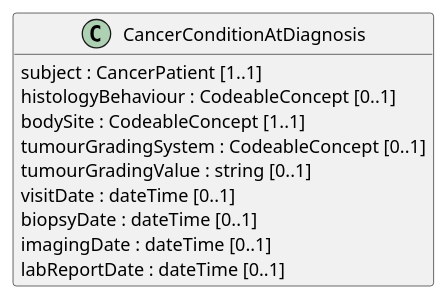
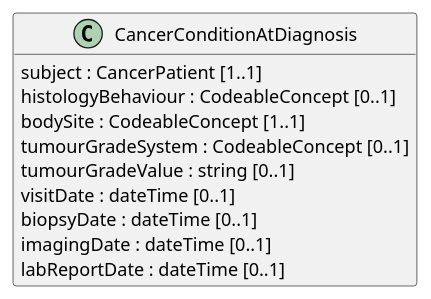
The diagram in input/images-source/CancerConditionAtDiagnosis_LM.plantuml (hl7-eu/cancer-common), drawn with PlantUML before and after one commit. The commit also changed 15 other files, not shown here.

Commit message:
Update logical model diagrams and page

```diff
--- a/input/images-source/CancerConditionAtDiagnosis_LM.plantuml
+++ b/input/images-source/CancerConditionAtDiagnosis_LM.plantuml
@@ -1,17 +1,17 @@
 @startuml
 hide empty members
 skinparam classAttributeIconSize 0
 
 class CancerConditionAtDiagnosis {
   subject : CancerPatient [1..1]
   histologyBehaviour : CodeableConcept [0..1]
   bodySite : CodeableConcept [1..1]
-  tumourGradingSystem : CodeableConcept [0..1]
-  tumourGradingValue : string [0..1]
+  tumourGradeSystem : CodeableConcept [0..1]
+  tumourGradeValue : string [0..1]
   visitDate : dateTime [0..1]
   biopsyDate : dateTime [0..1]
   imagingDate : dateTime [0..1]
   labReportDate : dateTime [0..1]
 }
 
 @enduml
```
